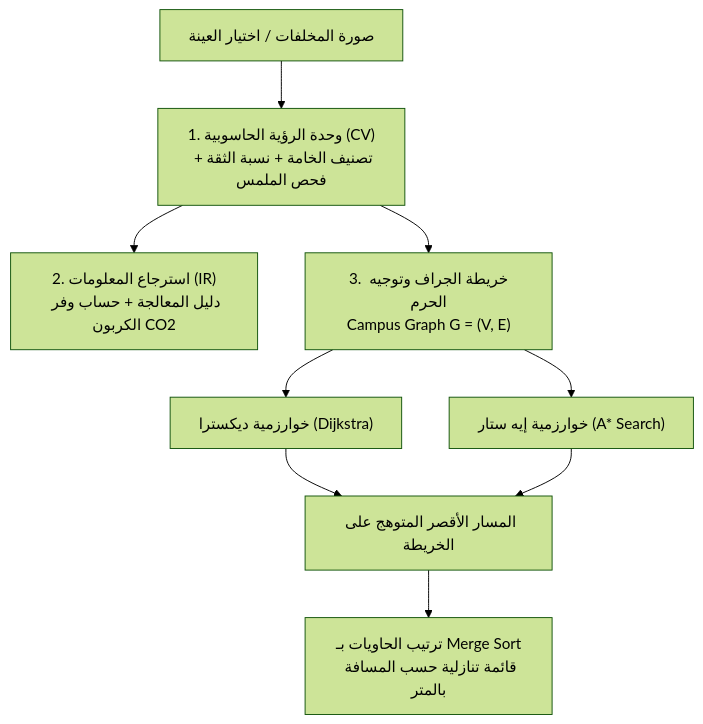
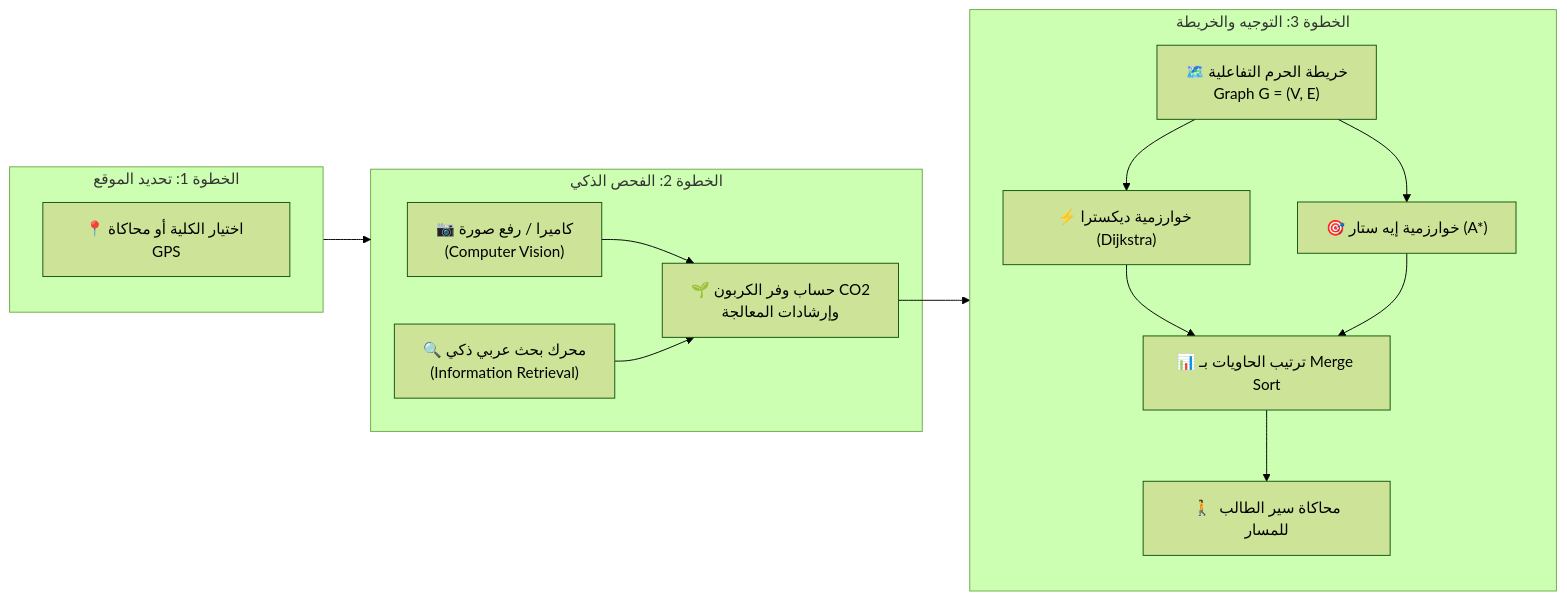
One commit to nour714/EcoSort changed the diagram in README.md. Above: the diagram before and after it, drawn with Mermaid (forest theme). The commit also changed other lines of this file and 20 other files, not shown here.

````diff
--- a/README.md
+++ b/README.md
@@ -21,10 +61,26 @@
 ```mermaid
-flowchart TD
-    A["صورة المخلفات / اختيار العينة"] --> B["1. وحدة الرؤية الحاسوبية (CV)<br/>تصنيف الخامة + نسبة الثقة + فحص الملمس"]
-    B --> C["2. استرجاع المعلومات (IR)<br/>دليل المعالجة + حساب وفر الكربون CO2"]
-    B --> D["3. خريطة الجراف وتوجيه الحرم<br/>Campus Graph G = (V, E)"]
-    D --> E["خوارزمية ديكسترا (Dijkstra)"]
-    D --> F["خوارزمية إيه ستار (A* Search)"]
-    E & F --> G["المسار الأقصر المتوهج على الخريطة"]
-    G --> H["ترتيب الحاويات بـ Merge Sort<br/>قائمة تنازلية حسب المسافة بالمتر"]
+flowchart LR
+    subgraph Step1["الخطوة 1: تحديد الموقع"]
+        S1["📍 اختيار الكلية أو محاكاة GPS"]
+    end
+
+    subgraph Step2["الخطوة 2: الفحص الذكي"]
+        CV["📷 كاميرا / رفع صورة<br/>(Computer Vision)"]
+        IR["🔍 محرك بحث عربي ذكي<br/>(Information Retrieval)"]
+        ECO["🌱 حساب وفر الكربون CO2<br/>وإرشادات المعالجة"]
+    end
+
+    subgraph Step3["الخطوة 3: التوجيه والخريطة"]
+        G["🗺️ خريطة الحرم التفاعلية<br/>Graph G = (V, E)"]
+        D["⚡ خوارزمية ديكسترا (Dijkstra)"]
+        A["🎯 خوارزمية إيه ستار (A*)"]
+        M["📊 ترتيب الحاويات بـ Merge Sort"]
+        SIM["🚶 محاكاة سير الطالب للمسار"]
+    end
+
+    Step1 --> Step2
+    CV & IR --> ECO
+    ECO --> Step3
+    G --> D & A
+    D & A --> M --> SIM
 ```
````
